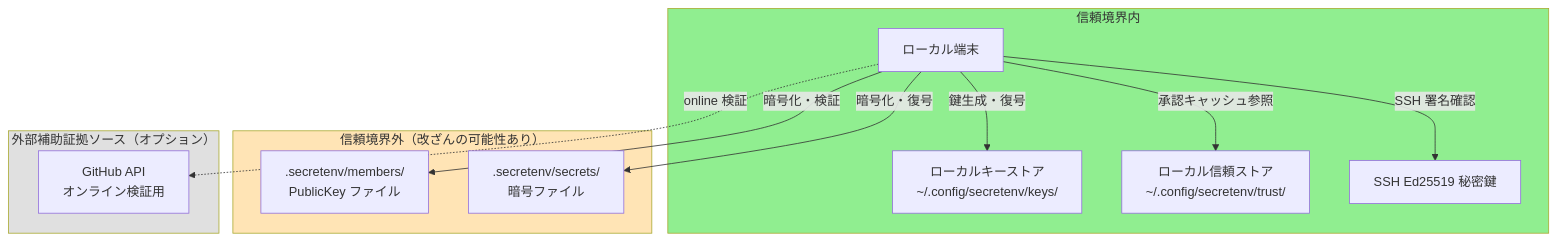
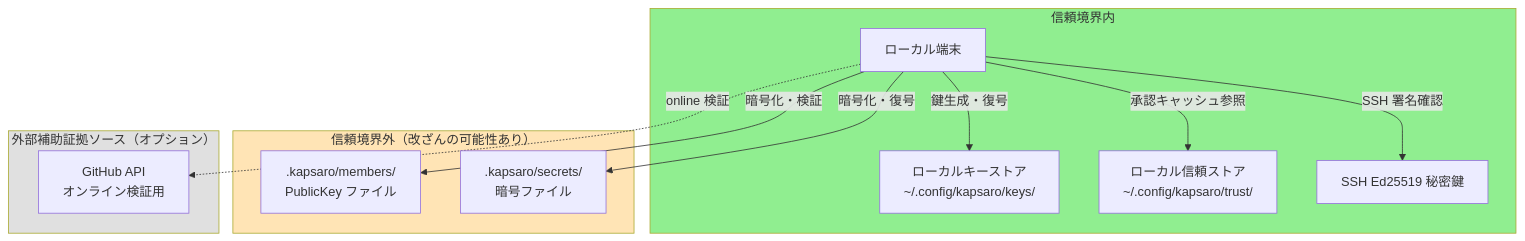
One commit to ebisawa/kapsaro changed the first of 6 diagrams in guides/security_design_ja.md. Above: the diagram before and after it, drawn with Mermaid. The commit also changed other lines of this file and 1011 other files, not shown here.

First line of the commit message:
chore: rebrand project from secretenv to kapsaro

````diff
--- a/guides/security_design_ja.md
+++ b/guides/security_design_ja.md
@@ -165,29 +165,29 @@
 ```mermaid
 graph TB
     subgraph trusted["信頼境界内"]
         LocalTerminal[ローカル端末]
-        LocalKeystore["ローカルキーストア<br/>~/.config/secretenv/keys/"]
-        LocalTrustStore["ローカル信頼ストア<br/>~/.config/secretenv/trust/"]
+        LocalKeystore["ローカルキーストア<br/>~/.config/kapsaro/keys/"]
+        LocalTrustStore["ローカル信頼ストア<br/>~/.config/kapsaro/trust/"]
         SSHKey[SSH Ed25519 秘密鍵]
     end
 
     subgraph untrusted["信頼境界外（改ざんの可能性あり）"]
-        MembersDir[".secretenv/members/<br/>PublicKey ファイル"]
-        SecretsDir[".secretenv/secrets/<br/>暗号ファイル"]
+        MembersDir[".kapsaro/members/<br/>PublicKey ファイル"]
+        SecretsDir[".kapsaro/secrets/<br/>暗号ファイル"]
     end
 
     subgraph external["外部補助証拠ソース（オプション）"]
         GitHub["GitHub API<br/>オンライン検証用"]
     end
 
     LocalTerminal -->|鍵生成・復号| LocalKeystore
     LocalTerminal -->|承認キャッシュ参照| LocalTrustStore
     LocalTerminal -->|SSH 署名確認| SSHKey
     LocalTerminal -->|暗号化・検証| MembersDir
     LocalTerminal -->|暗号化・復号| SecretsDir
     LocalTerminal -.->|online 検証| GitHub
 
     style trusted fill:#90EE90
     style untrusted fill:#FFE4B5
     style external fill:#E0E0E0
 ```
````
